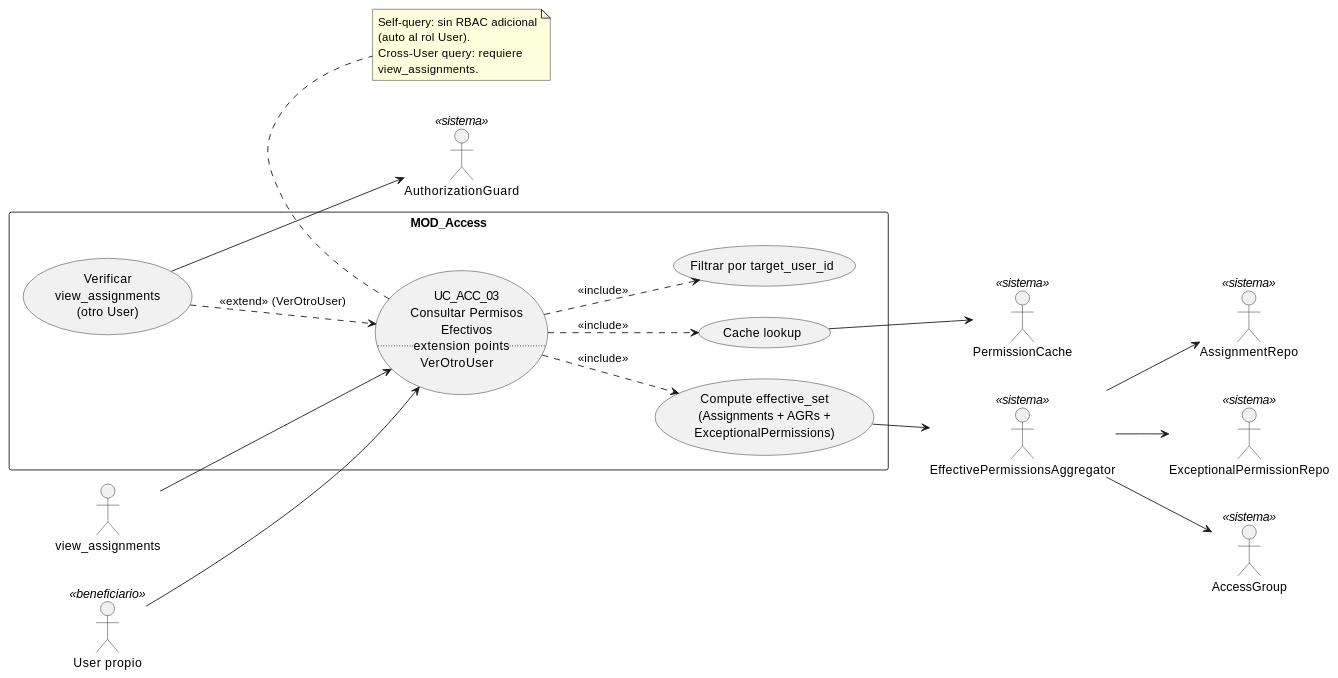
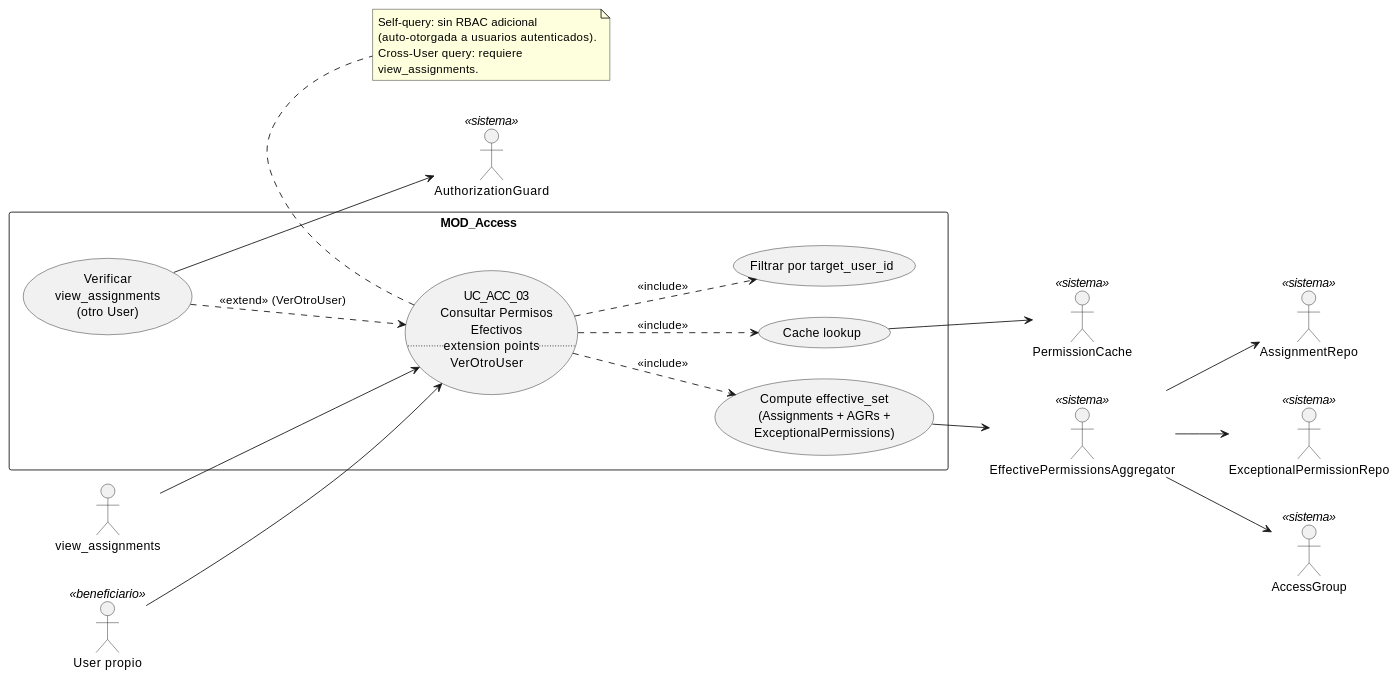
One commit to jcg-admin/IACT-docs changed the diagram in source/arquitectura-tecnica/use-case-view/access/uc-acc-03-consultar-permisos-efectivos.rst. Above: the diagram before and after it, drawn with PlantUML. The commit also changed other lines of this file, not shown here.

Commit message:
Apply STD-010 Cat-C in access/uc-acc-03 (post-validation fix)
T-036: 2 refs 'auto al rol User' -> 'auto-otorgada a usuarios
autenticados'. Found during post-execute validation; not in
original audit due to escaped pattern.

Refs: T-036, STD-010 Cat-C, A-005

```diff
--- a/source/arquitectura-tecnica/use-case-view/access/uc-acc-03-consultar-permisos-efectivos.rst
+++ b/source/arquitectura-tecnica/use-case-view/access/uc-acc-03-consultar-permisos-efectivos.rst
@@ -26,47 +26,47 @@
 .. uml::
  :caption: UC_ACC_03 — actores y casos asociados.
 
  @startuml
 
  left to right direction
 
  actor "view_assignments" as view_assignments
  actor "User propio" as User_propio <<beneficiario>>
  actor "AuthorizationGuard" as AuthorizationGuard <<sistema>>
  actor "EffectivePermissionsAggregator" as EffectivePermissionsAggregator <<sistema>>
  actor "PermissionCache" as PermissionCache <<sistema>>
  actor "AssignmentRepo" as AssignmentRepo <<sistema>>
  actor "ExceptionalPermissionRepo" as ExceptionalPermissionRepo <<sistema>>
  actor "AccessGroup" as AccessGroup <<sistema>>
 
  rectangle "MOD_Access" {
    usecase "UC_ACC_03\nConsultar Permisos\nEfectivos\n.. extension points ..\nVerOtroUser" as UC_ACC_03
    usecase "Cache lookup" as CACHE_LOOKUP
    usecase "Compute effective_set\n(Assignments + AGRs +\nExceptionalPermissions)" as COMPUTE
    usecase "Filtrar por target_user_id" as FILTRAR_USER
    usecase "Verificar\nview_assignments\n(otro User)" as VERIFICAR_AGR
  }
 
  view_assignments --> UC_ACC_03
  User_propio --> UC_ACC_03
 
  UC_ACC_03 ..> CACHE_LOOKUP : <<include>>
  UC_ACC_03 ..> COMPUTE : <<include>>
  UC_ACC_03 ..> FILTRAR_USER : <<include>>
  VERIFICAR_AGR ..> UC_ACC_03 : <<extend>> (VerOtroUser)
 
  CACHE_LOOKUP --> PermissionCache
  COMPUTE --> EffectivePermissionsAggregator
  EffectivePermissionsAggregator --> AssignmentRepo
  EffectivePermissionsAggregator --> ExceptionalPermissionRepo
  EffectivePermissionsAggregator --> AccessGroup
  VERIFICAR_AGR --> AuthorizationGuard
 
  note bottom of UC_ACC_03
    Self-query: sin RBAC adicional
-   (auto al rol User).
+   (auto-otorgada a usuarios autenticados).
    Cross-User query: requiere
    view_assignments.
  end note
 
  @enduml
```
